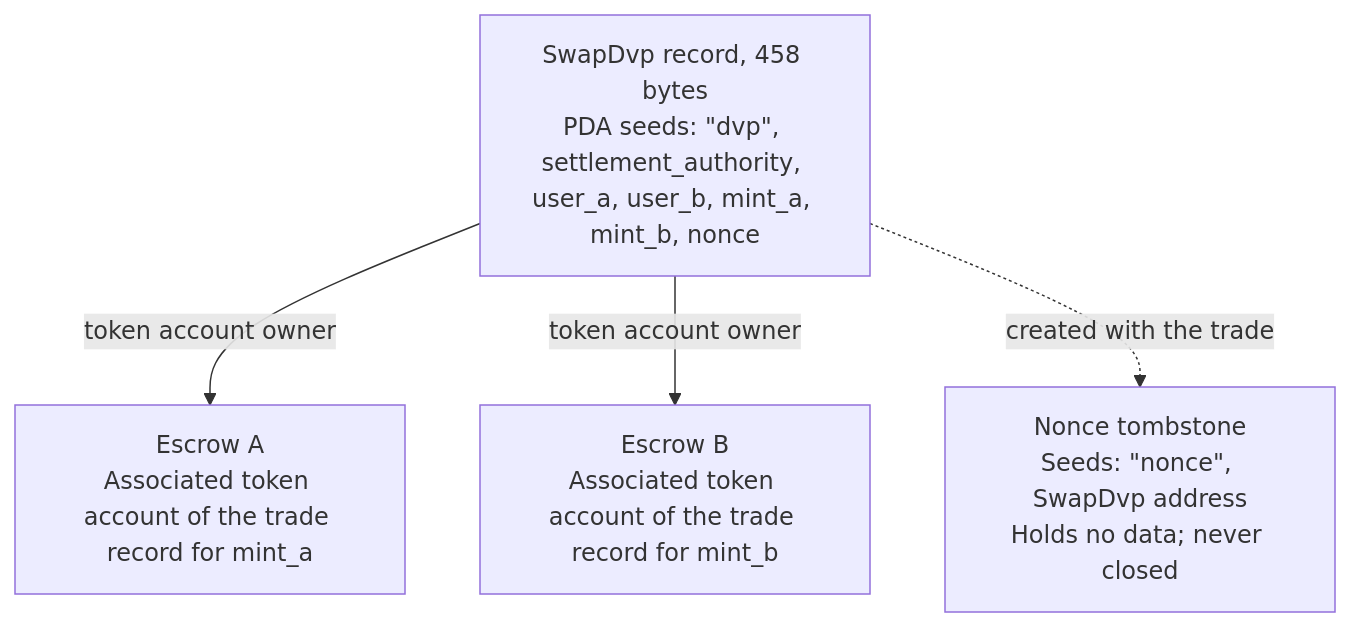
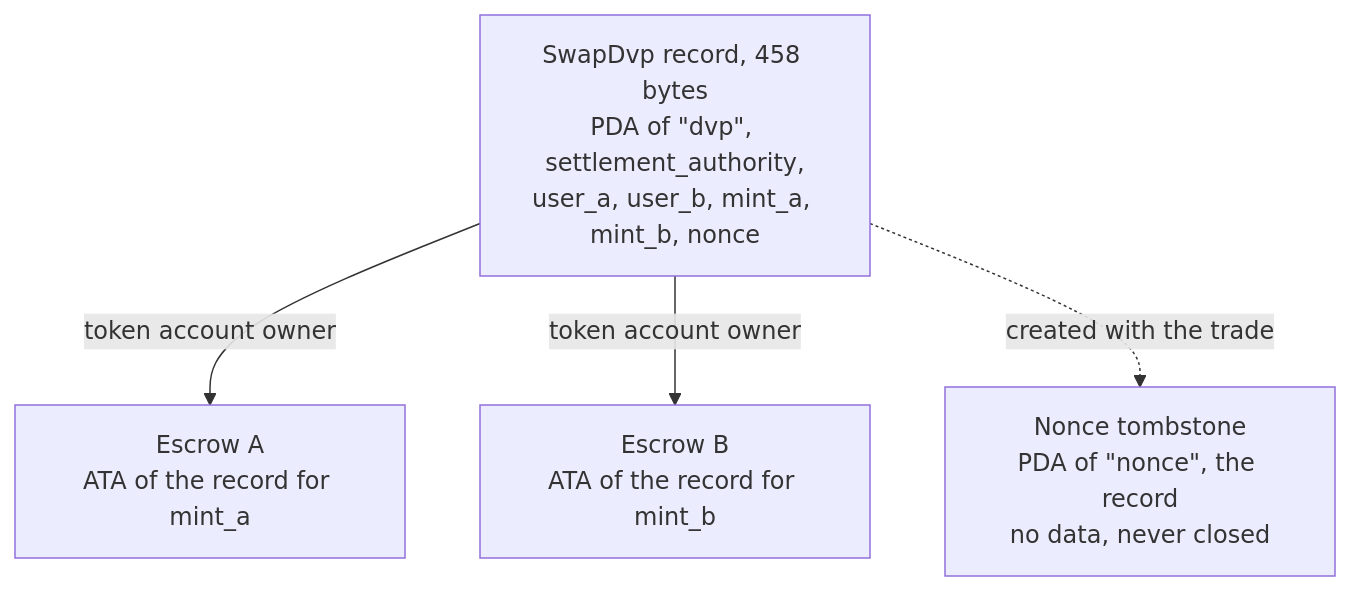
One commit to catmcgee/solana-com changed the second of 2 diagrams in apps/docs/docs/defi/dvp-program/index.mdx. Above: the diagram before and after it, drawn with Mermaid. The commit also changed other lines of this file and 798 other files, not shown here.

First line of the commit message:
docs: redesign diagrams, make demos run like real executions, reuse the real solana.com header, new Build dropdown

````diff
--- a/apps/docs/docs/defi/dvp-program/index.mdx
+++ b/apps/docs/docs/defi/dvp-program/index.mdx
@@ -167,7 +170,10 @@
 ```mermaid
 flowchart TD
-  R["SwapDvp record, 458 bytes<br/>PDA seeds: #quot;dvp#quot;, settlement_authority, user_a, user_b, mint_a, mint_b, nonce"]
-  R -->|token account owner| EA["Escrow A<br/>Associated token account of the trade record for mint_a"]
-  R -->|token account owner| EB["Escrow B<br/>Associated token account of the trade record for mint_b"]
-  R -.->|created with the trade| N["Nonce tombstone<br/>Seeds: #quot;nonce#quot;, SwapDvp address<br/>Holds no data; never closed"]
+  accTitle: Accounts of one DvP trade
+  accDescr: The SwapDvp record owns two escrow token accounts, one per mint, and is created together with a nonce tombstone that is never closed.
+  R["SwapDvp record, 458 bytes<br/>PDA of #quot;dvp#quot;, settlement_authority,<br/>user_a, user_b, mint_a, mint_b, nonce"]
+  R -->|token account owner| EA["Escrow A<br/>ATA of the record for mint_a"]
+  R -->|token account owner| EB["Escrow B<br/>ATA of the record for mint_b"]
+  R -.->|created with the trade| N["Nonce tombstone<br/>PDA of #quot;nonce#quot;, the record<br/>no data, never closed"]
+  class R focal
 ```
````
